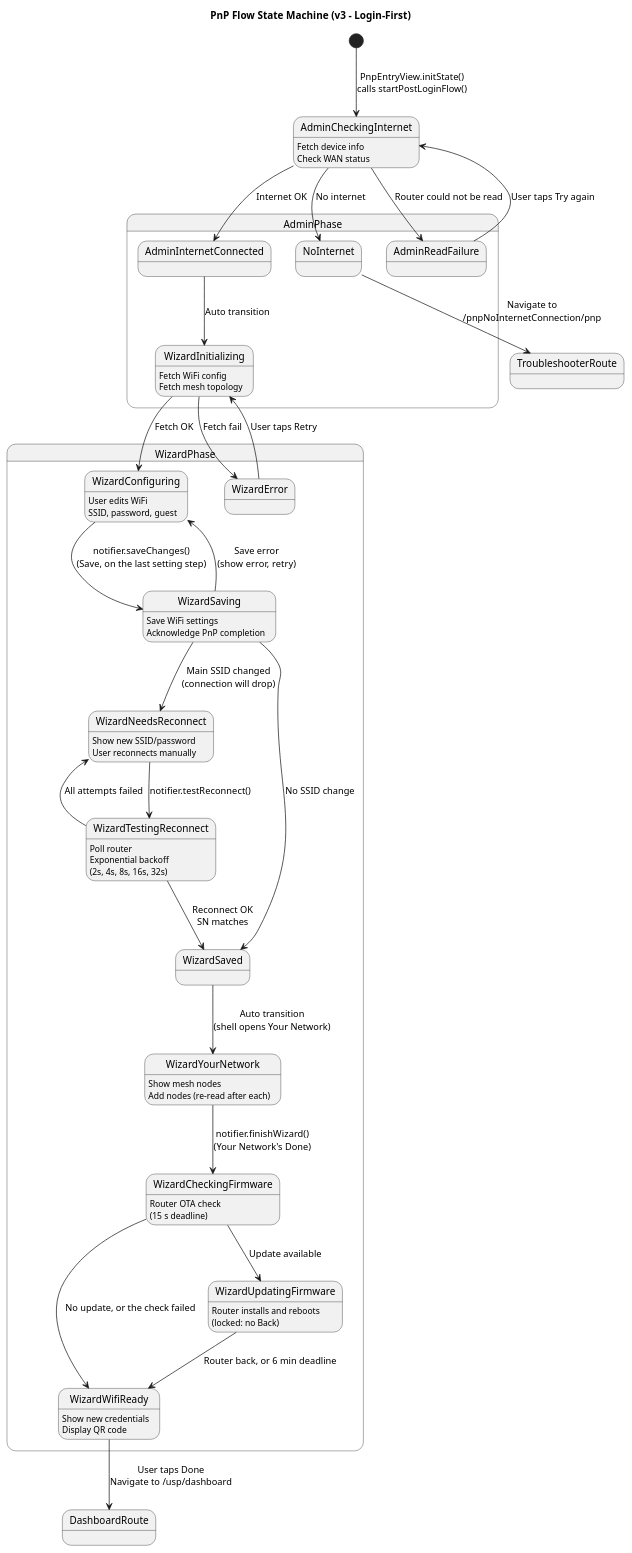
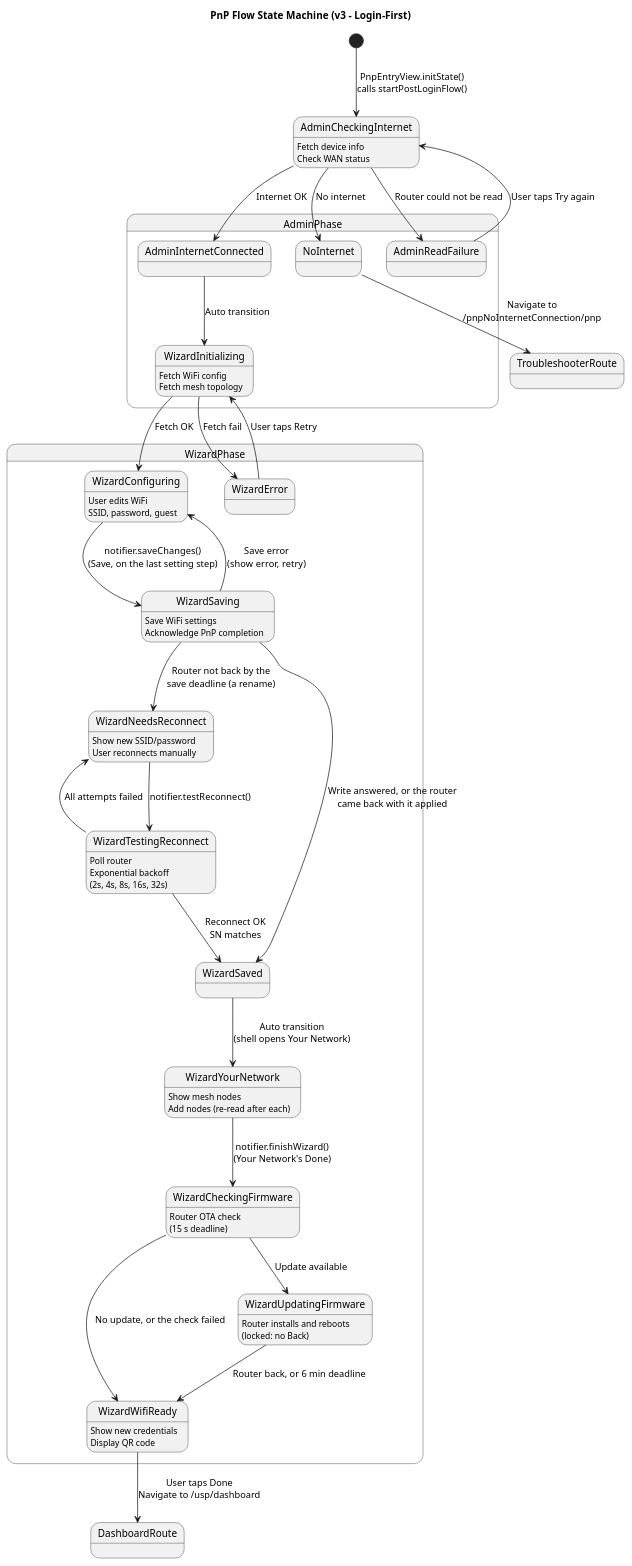
Before and after one commit to linksys/PrivacyGUI: the first of 2 diagrams in doc/pnp/pnp-flow.md, drawn with PlantUML. The commit also changed other lines of this file and 6 other files, not shown here.

````diff
--- a/doc/pnp/pnp-flow.md
+++ b/doc/pnp/pnp-flow.md
@@ -18,63 +18,63 @@
 ```plantuml
 @startuml
 title PnP Flow State Machine (v3 - Login-First)
 
 ' ═══════════════════════════════════════════════════════════════
 ' Entry: User already logged in via LoginLocalView
 ' router_provider._prepare() → PnpStatusService.check()
 ' If needsPnp=true → navigate to /pnp (PnpEntryView)
 ' ═══════════════════════════════════════════════════════════════
 
 [*] --> AdminCheckingInternet : PnpEntryView.initState()\ncalls startPostLoginFlow()
 
 state AdminPhase {
     AdminCheckingInternet : Fetch device info\nCheck WAN status
     AdminCheckingInternet --> AdminInternetConnected : Internet OK
     AdminCheckingInternet --> NoInternet : No internet
     AdminCheckingInternet --> AdminReadFailure : Router could not be read
 
     AdminInternetConnected --> WizardInitializing : Auto transition
     AdminReadFailure --> AdminCheckingInternet : User taps Try again
 }
 
 NoInternet --> TroubleshooterRoute <<end>> : Navigate to\n/pnpNoInternetConnection/pnp
 
 state WizardPhase {
     WizardInitializing : Fetch WiFi config\nFetch mesh topology
     WizardInitializing --> WizardConfiguring : Fetch OK
     WizardInitializing --> WizardError : Fetch fail
 
     WizardConfiguring : User edits WiFi\nSSID, password, guest
     WizardConfiguring --> WizardSaving : notifier.saveChanges()\n(Save, on the last setting step)
 
     WizardSaving : Save WiFi settings\nAcknowledge PnP completion
-    WizardSaving --> WizardNeedsReconnect : Main SSID changed\n(connection will drop)
-    WizardSaving --> WizardSaved : No SSID change
+    WizardSaving --> WizardNeedsReconnect : Router not back by the\nsave deadline (a rename)
+    WizardSaving --> WizardSaved : Write answered, or the router\ncame back with it applied
     WizardSaving --> WizardConfiguring : Save error\n(show error, retry)
 
     WizardSaved --> WizardYourNetwork : Auto transition\n(shell opens Your Network)
 
     WizardYourNetwork : Show mesh nodes\nAdd nodes (re-read after each)
     WizardYourNetwork --> WizardCheckingFirmware : notifier.finishWizard()\n(Your Network's Done)
 
     WizardNeedsReconnect : Show new SSID/password\nUser reconnects manually
     WizardNeedsReconnect --> WizardTestingReconnect : notifier.testReconnect()
 
     WizardTestingReconnect : Poll router\nExponential backoff\n(2s, 4s, 8s, 16s, 32s)
     WizardTestingReconnect --> WizardSaved : Reconnect OK\nSN matches
     WizardTestingReconnect --> WizardNeedsReconnect : All attempts failed
 
     WizardCheckingFirmware : Router OTA check\n(15 s deadline)
     WizardCheckingFirmware --> WizardWifiReady : No update, or the check failed
     WizardCheckingFirmware --> WizardUpdatingFirmware : Update available
     WizardUpdatingFirmware : Router installs and reboots\n(locked: no Back)
     WizardUpdatingFirmware --> WizardWifiReady : Router back, or 6 min deadline
 
     WizardWifiReady : Show new credentials\nDisplay QR code
     WizardError --> WizardInitializing : User taps Retry
 }
 
 WizardWifiReady --> DashboardRoute <<end>> : User taps Done\nNavigate to /usp/dashboard
 
 @enduml
 ```
````
